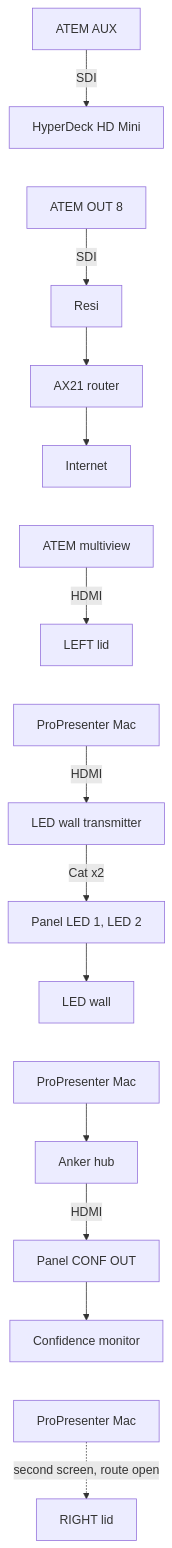
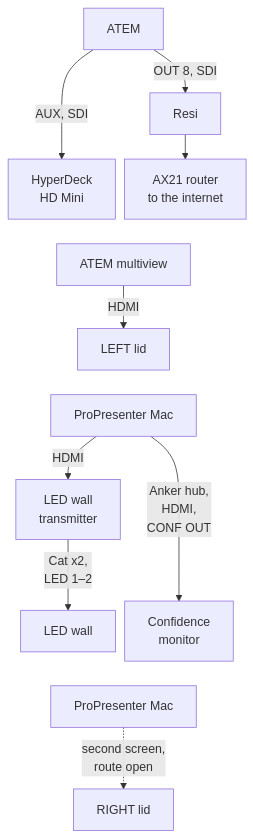
The second of 5 diagrams in build/README.md (samholub/elim-avpro-production-station), drawn with Mermaid before and after one commit. The commit also changed other lines of this file and 1 other file, not shown here.

Commit message:
build/README: charts collapsed in <details> and shortened for phones (jacks as edge labels); STATUS

````diff
--- a/build/README.md
+++ b/build/README.md
@@ -74,14 +78,17 @@
 ```mermaid
+%%{init: {"flowchart": {"rankSpacing": 32, "nodeSpacing": 12}}}%%
 flowchart TD
-  AUX["ATEM AUX"] -->|"SDI"| HD["HyperDeck HD Mini"]
-  HD ~~~ O8["ATEM OUT 8"]
-  O8 -->|"SDI"| RE["Resi"] --> AX["AX21 router"] --> NET["Internet"]
-  NET ~~~ MV["ATEM multiview"]
+  AT["ATEM"] -->|"AUX, SDI"| HD["HyperDeck<br/>HD Mini"]
+  AT -->|"OUT 8, SDI"| RE["Resi"]
+  RE --> AX["AX21 router<br/>to the internet"]
+  HD ~~~ MV["ATEM multiview"]
+  AX ~~~ MV
   MV -->|"HDMI"| LL["LEFT lid"]
-  LL ~~~ PP1["ProPresenter Mac"]
-  PP1 -->|"HDMI"| TX["LED wall transmitter"] -->|"Cat x2"| LP["Panel LED 1, LED 2"] --> LW["LED wall"]
+  LL ~~~ PP["ProPresenter Mac"]
+  PP -->|"HDMI"| TX["LED wall<br/>transmitter"]
+  TX -->|"Cat x2,<br/>LED 1–2"| LW["LED wall"]
+  PP -->|"Anker hub,<br/>HDMI,<br/>CONF OUT"| CM["Confidence<br/>monitor"]
   LW ~~~ PP2["ProPresenter Mac"]
-  PP2 --> AH["Anker hub"] -->|"HDMI"| CO["Panel CONF OUT"] --> CM["Confidence monitor"]
-  CM ~~~ PP3["ProPresenter Mac"]
-  PP3 -. "second screen, route open" .-> RL["RIGHT lid"]
+  CM ~~~ PP2
+  PP2 -.->|"second screen,<br/>route open"| RL["RIGHT lid"]
 ```
````
